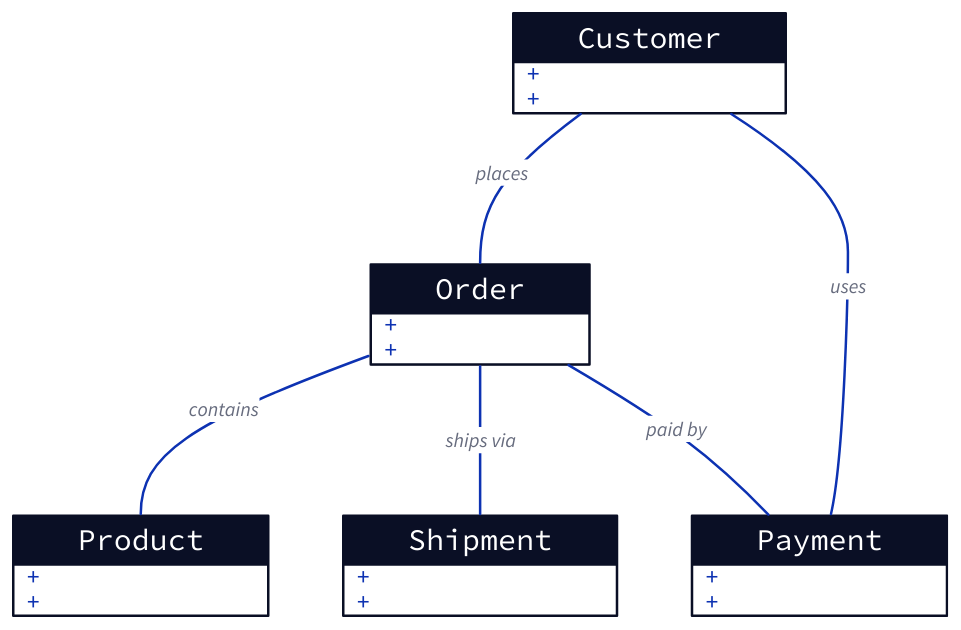
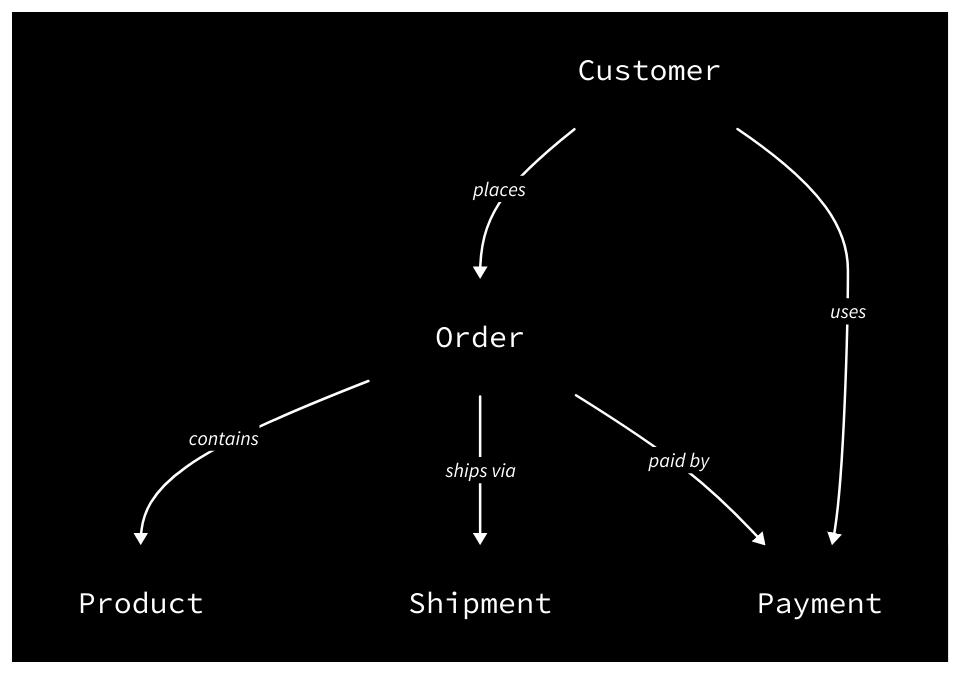
The diagram in src/content/posts/2026-05-29-service-boundaries-are-about-authority.md (dvdstelt/weblog), drawn with D2 before and after one commit.

Commit message:
✨ Swap authority diagram for inverted-palette d2 (black bg, white shapes/text)

````diff
--- a/src/content/posts/2026-05-29-service-boundaries-are-about-authority.md
+++ b/src/content/posts/2026-05-29-service-boundaries-are-about-authority.md
@@ -92,37 +92,35 @@
 ```d2
+# Inverted palette: black background, white shapes, lines, and text
+style.fill: "#000000"
+*.style.fill: "#000000"
+*.style.stroke: "#FFFFFF"
+*.style.font-color: "#FFFFFF"
+(* -> *)[*].style.stroke: "#FFFFFF"
+(* -> *)[*].style.font-color: "#FFFFFF"
+
 Customer: {
   shape: class
-  " ": ""
-  "  ": ""
 }
 
 Order: {
   shape: class
-  " ": ""
-  "  ": ""
 }
 
 Product: {
   shape: class
-  " ": ""
-  "  ": ""
 }
 
 Shipment: {
   shape: class
-  " ": ""
-  "  ": ""
 }
 
 Payment: {
   shape: class
-  " ": ""
-  "  ": ""
 }
 
-Customer -- Order: places
-Order -- Product: contains
-Order -- Shipment: ships via
-Order -- Payment: paid by
-Customer -- Payment: uses
+Customer -> Order: places
+Customer -> Payment: uses
+Order -> Product: contains
+Order -> Shipment: ships via
+Order -> Payment: paid by
 ```
````
